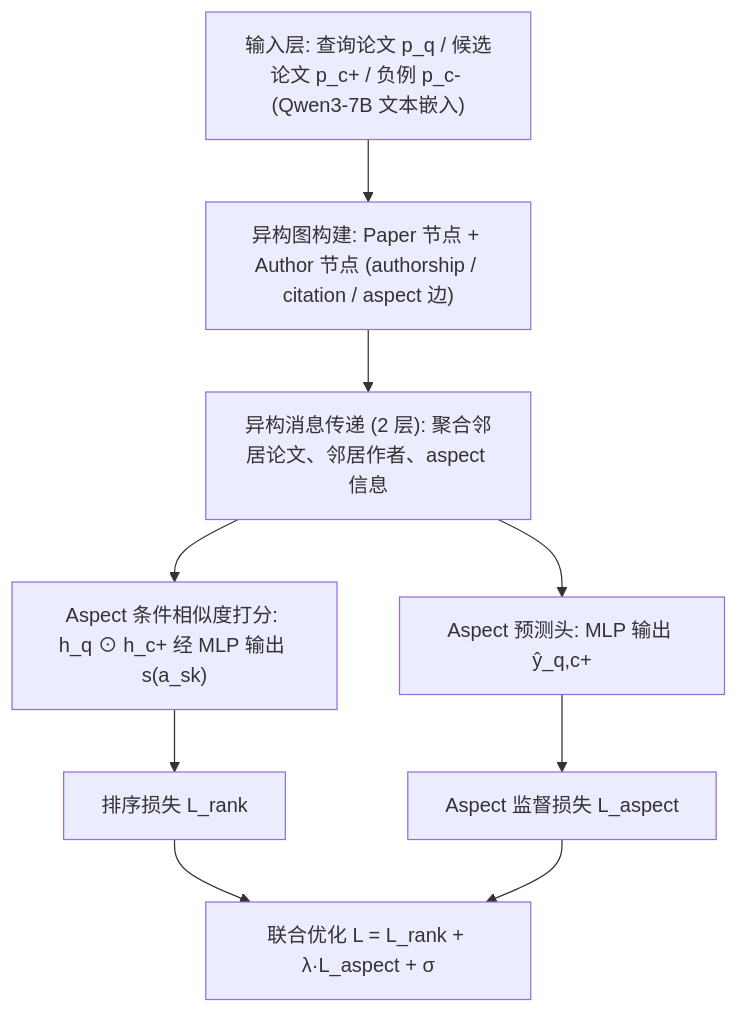
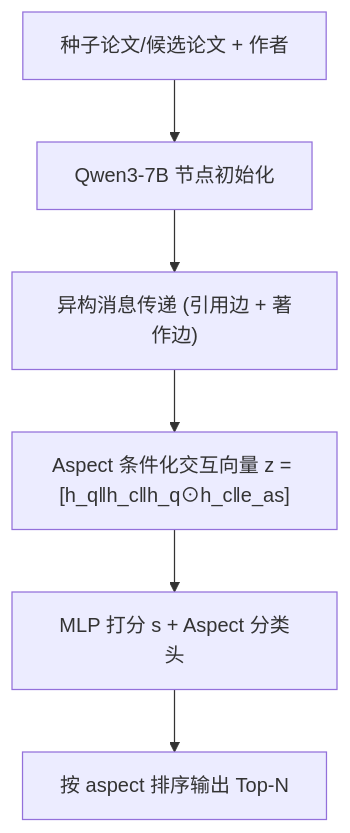
One commit to jbdcia321vw/Paper-Notes changed the diagram in docs/venues/SIGIR/2026/graph_rec/aspect_aware_content_based_recommendations_for_mathematical_research_papers.md. Above: the diagram before and after it, drawn with Mermaid. The commit also changed other lines of this file and 1119 other files, not shown here.

````diff
--- a/docs/venues/SIGIR/2026/graph_rec/aspect_aware_content_based_recommendations_for_mathematical_research_papers.md
+++ b/docs/venues/SIGIR/2026/graph_rec/aspect_aware_content_based_recommendations_for_mathematical_research_papers.md
@@ -56,11 +47,8 @@
 ```mermaid
 flowchart TD
-    A["输入层: 查询论文 p_q / 候选论文 p_c+ / 负例 p_c- (Qwen3-7B 文本嵌入)"] --> B["异构图构建: Paper 节点 + Author 节点 (authorship / citation / aspect 边)"]
-    B --> C["异构消息传递 (2 层): 聚合邻居论文、邻居作者、aspect 信息"]
-    C --> D["Aspect 条件相似度打分: h_q ⊙ h_c+ 经 MLP 输出 s(a_sk)"]
-    C --> E["Aspect 预测头: MLP 输出 ŷ_q,c+"]
-    D --> F["排序损失 L_rank"]
-    E --> G["Aspect 监督损失 L_aspect"]
-    F --> H["联合优化 L = L_rank + λ·L_aspect + σ"]
-    G --> H
+    A["种子论文/候选论文 + 作者"] --> B["Qwen3-7B 节点初始化"]
+    B --> C["异构消息传递 (引用边 + 著作边)"]
+    C --> D["Aspect 条件化交互向量 z = [h_q‖h_c‖h_q⊙h_c‖e_as]"]
+    D --> E["MLP 打分 s + Aspect 分类头"]
+    E --> F["按 aspect 排序输出 Top-N"]
 ```
````
